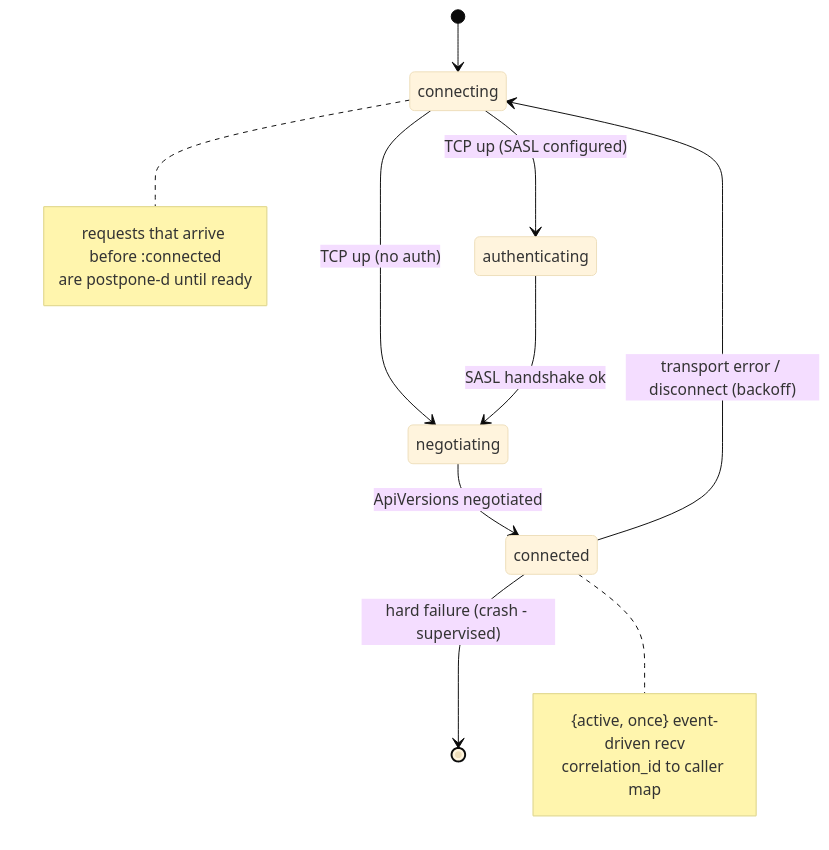
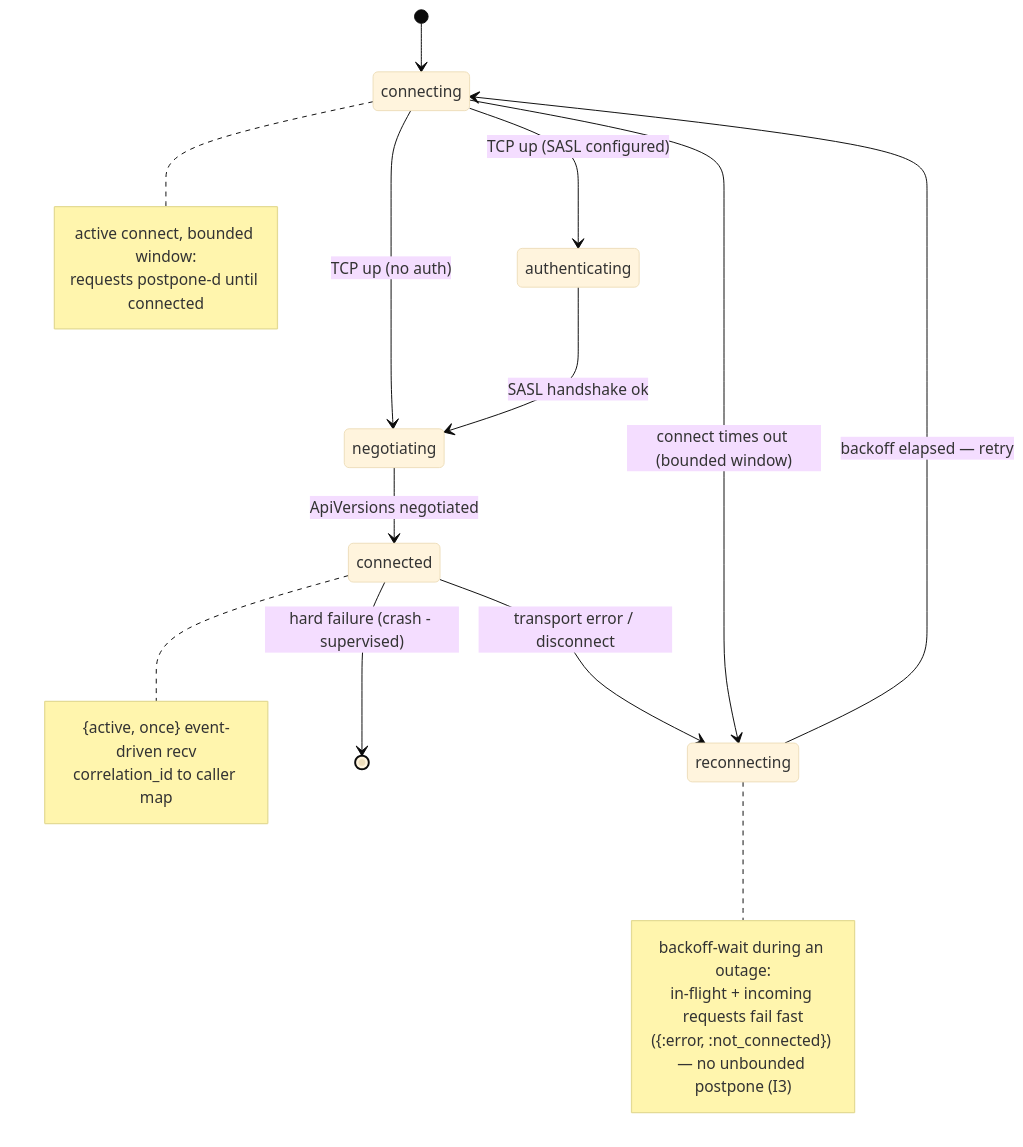
One commit to kafkaex/kafka_ex changed the ninth of 10 diagrams in docs/rfcs/0001-client-process-architecture.md. Above: the diagram before and after it, drawn with Mermaid (base theme). The commit also changed other lines of this file, not shown here.

````diff
--- a/docs/rfcs/0001-client-process-architecture.md
+++ b/docs/rfcs/0001-client-process-architecture.md
@@ -503,18 +516,25 @@
 ```mermaid
 stateDiagram-v2
     [*] --> connecting
     connecting --> authenticating: TCP up (SASL configured)
     connecting --> negotiating: TCP up (no auth)
     authenticating --> negotiating: SASL handshake ok
     negotiating --> connected: ApiVersions negotiated
-    connected --> connecting: transport error / disconnect (backoff)
+    connected --> reconnecting: transport error / disconnect
+    connecting --> reconnecting: connect times out (bounded window)
+    reconnecting --> connecting: backoff elapsed — retry
     connected --> [*]: hard failure (crash - supervised)
     note right of connecting
-        requests that arrive before :connected
-        are postpone-d until ready
+        active connect, bounded window:
+        requests postpone-d until connected
+    end note
+    note right of reconnecting
+        backoff-wait during an outage:
+        in-flight + incoming requests fail fast
+        ({:error, :not_connected}) — no unbounded postpone (I3)
     end note
     note right of connected
         {active, once} event-driven recv
         correlation_id to caller map
     end note
 ```
````
